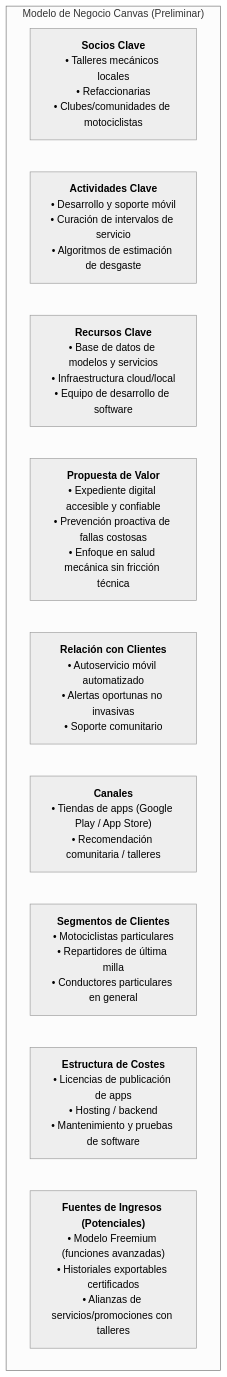
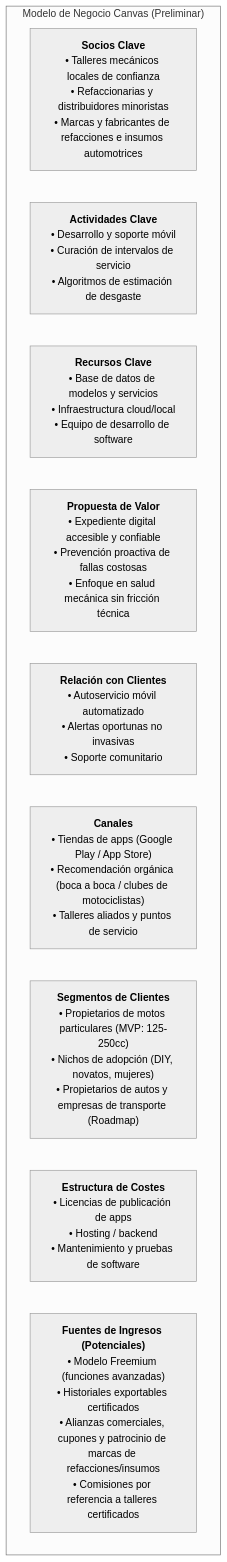
The diagram in .routing/academic/DRAFT_NOTES.md (OGShawnLee/Itinera), drawn with Mermaid (neutral theme) before and after one commit. The commit also changed other lines of this file and 3 other files, not shown here.

````diff
--- a/.routing/academic/DRAFT_NOTES.md
+++ b/.routing/academic/DRAFT_NOTES.md
@@ -129,15 +284,15 @@
 ```mermaid
 flowchart TD
     subgraph Negocio["Modelo de Negocio Canvas (Preliminar)"]
         direction LR
-        Socios["<b>Socios Clave</b><br/>• Talleres mecánicos locales<br/>• Refaccionarias<br/>• Clubes/comunidades de motociclistas"]
+        Socios["<b>Socios Clave</b><br/>• Talleres mecánicos locales de confianza<br/>• Refaccionarias y distribuidores minoristas<br/>• Marcas y fabricantes de refacciones e insumos automotrices"]
         Actividades["<b>Actividades Clave</b><br/>• Desarrollo y soporte móvil<br/>• Curación de intervalos de servicio<br/>• Algoritmos de estimación de desgaste"]
         Recursos["<b>Recursos Clave</b><br/>• Base de datos de modelos y servicios<br/>• Infraestructura cloud/local<br/>• Equipo de desarrollo de software"]
         Propuesta["<b>Propuesta de Valor</b><br/>• Expediente digital accesible y confiable<br/>• Prevención proactiva de fallas costosas<br/>• Enfoque en salud mecánica sin fricción técnica"]
         Relacion["<b>Relación con Clientes</b><br/>• Autoservicio móvil automatizado<br/>• Alertas oportunas no invasivas<br/>• Soporte comunitario"]
-        Canales["<b>Canales</b><br/>• Tiendas de apps (Google Play / App Store)<br/>• Recomendación comunitaria / talleres"]
-        Segmentos["<b>Segmentos de Clientes</b><br/>• Motociclistas particulares<br/>• Repartidores de última milla<br/>• Conductores particulares en general"]
+        Canales["<b>Canales</b><br/>• Tiendas de apps (Google Play / App Store)<br/>• Recomendación orgánica (boca a boca / clubes de motociclistas)<br/>• Talleres aliados y puntos de servicio"]
+        Segmentos["<b>Segmentos de Clientes</b><br/>• Propietarios de motos particulares (MVP: 125-250cc)<br/>• Nichos de adopción (DIY, novatos, mujeres)<br/>• Propietarios de autos y empresas de transporte (Roadmap)"]
         Costos["<b>Estructura de Costes</b><br/>• Licencias de publicación de apps<br/>• Hosting / backend<br/>• Mantenimiento y pruebas de software"]
-        Ingresos["<b>Fuentes de Ingresos (Potenciales)</b><br/>• Modelo Freemium (funciones avanzadas)<br/>• Historiales exportables certificados<br/>• Alianzas de servicios/promociones con talleres"]
+        Ingresos["<b>Fuentes de Ingresos (Potenciales)</b><br/>• Modelo Freemium (funciones avanzadas)<br/>• Historiales exportables certificados<br/>• Alianzas comerciales, cupones y patrocinio de marcas de refacciones/insumos<br/>• Comisiones por referencia a talleres certificados"]
     end
 ```
````
